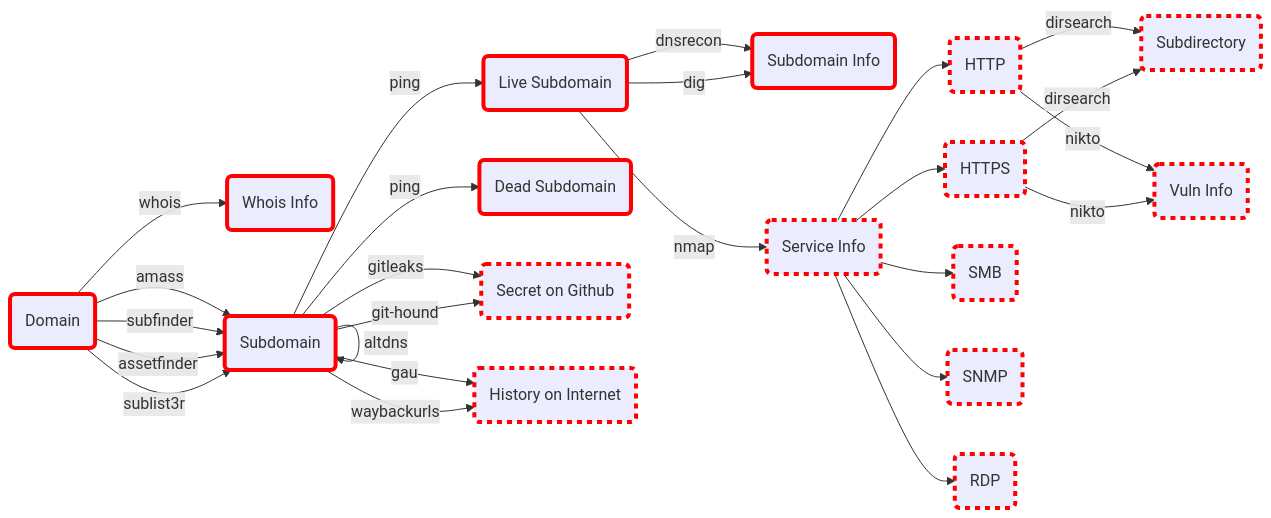
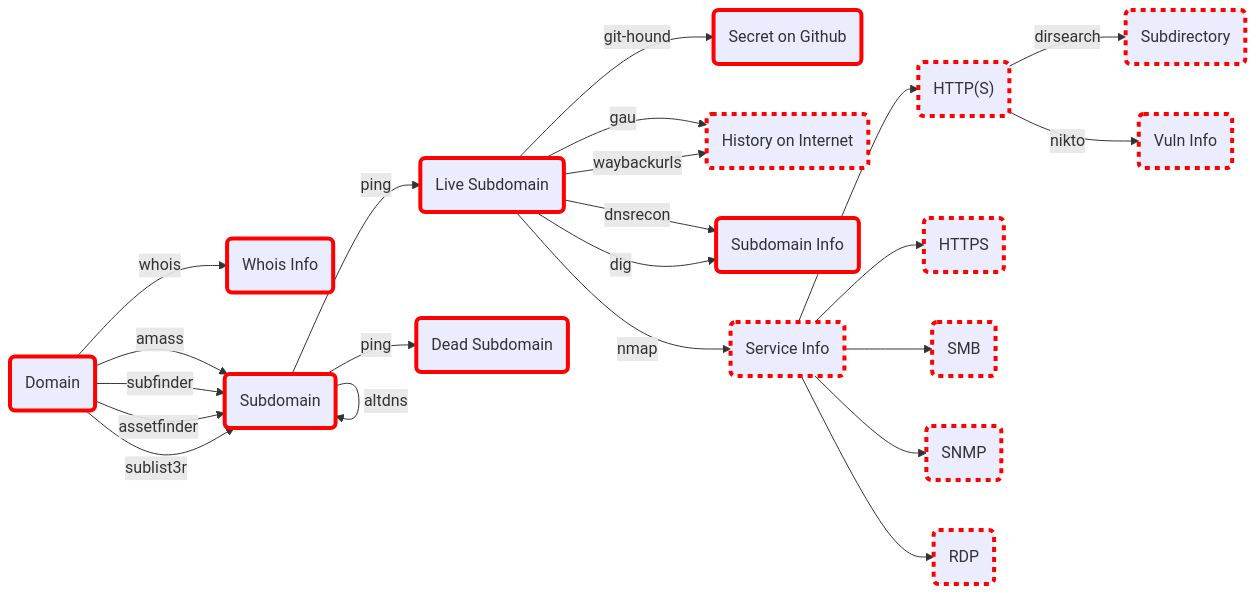
Before and after one commit to astroicers/recon-pocket: the first of 2 diagrams in README.md, drawn with Mermaid. The commit also changed 8 other files, not shown here.

Commit message:
add git-hound

````diff
--- a/README.md
+++ b/README.md
@@ -5,42 +5,39 @@
 ```mermaid
 graph LR
   style A  stroke:red,stroke-width:4px
   style B1 stroke:red,stroke-width:4px
   style B2 stroke:red,stroke-width:4px
   style C1 stroke:red,stroke-width:4px
   style C2 stroke:red,stroke-width:4px
-  style C3 stroke:red,stroke-width:4px,stroke-dasharray: 5 5
+  style C3 stroke:red,stroke-width:4px
   style C4 stroke:red,stroke-width:4px,stroke-dasharray: 5 5
   style D1 stroke:red,stroke-width:4px
   style D2 stroke:red,stroke-width:4px,stroke-dasharray: 5 5
   style E1 stroke:red,stroke-width:4px,stroke-dasharray: 5 5
   style E2 stroke:red,stroke-width:4px,stroke-dasharray: 5 5
   style E3 stroke:red,stroke-width:4px,stroke-dasharray: 5 5
   style E4 stroke:red,stroke-width:4px,stroke-dasharray: 5 5
   style E5 stroke:red,stroke-width:4px,stroke-dasharray: 5 5
   style F1 stroke:red,stroke-width:4px,stroke-dasharray: 5 5
   style F2 stroke:red,stroke-width:4px,stroke-dasharray: 5 5
   A(Domain) -->|whois| B1(Whois Info)
   A(Domain) -->|amass| B2(Subdomain)
   A(Domain) -->|subfinder| B2(Subdomain)
   A(Domain) -->|assetfinder| B2(Subdomain)
   A(Domain) -->|sublist3r| B2(Subdomain)
   B2(Subdomain) -->|altdns| B2(Subdomain)
   B2(Subdomain) -->|ping| C1(Live Subdomain) & C2(Dead Subdomain)
-  B2(Subdomain) -->|gitleaks| C3(Secret on Github)
-  B2(Subdomain) -->|git-hound| C3(Secret on Github)
-  B2(Subdomain) -->|gau| C4(History on Internet)
-  B2(Subdomain) -->|waybackurls| C4(History on Internet)
+  C1(Live Subdomain) -->|git-hound| C3(Secret on Github)
+  C1(Live Subdomain) -->|gau| C4(History on Internet)
+  C1(Live Subdomain) -->|waybackurls| C4(History on Internet)
   C1(Live Subdomain) -->|dnsrecon| D1(Subdomain Info)
   C1(Live Subdomain) -->|dig| D1(Subdomain Info)
   C1(Live Subdomain) -->|nmap| D2(Service Info)
   D2(Service Info) --> E1(HTTP)
   D2(Service Info) --> E2(HTTPS)
   D2(Service Info) --> E3(SMB)
   D2(Service Info) --> E4(SNMP)
   D2(Service Info) --> E5(RDP)
-  E1(HTTP) -->|dirsearch| F1(Subdirectory)
-  E2(HTTPS) -->|dirsearch| F1(Subdirectory)
-  E1(HTTP) -->|nikto| F2(Vuln Info)
-  E2(HTTPS) -->|nikto| F2(Vuln Info)
+  E1("HTTP(S)") -->|dirsearch| F1(Subdirectory)
+  E1("HTTP(S)") -->|nikto| F2(Vuln Info)
 ```
````
